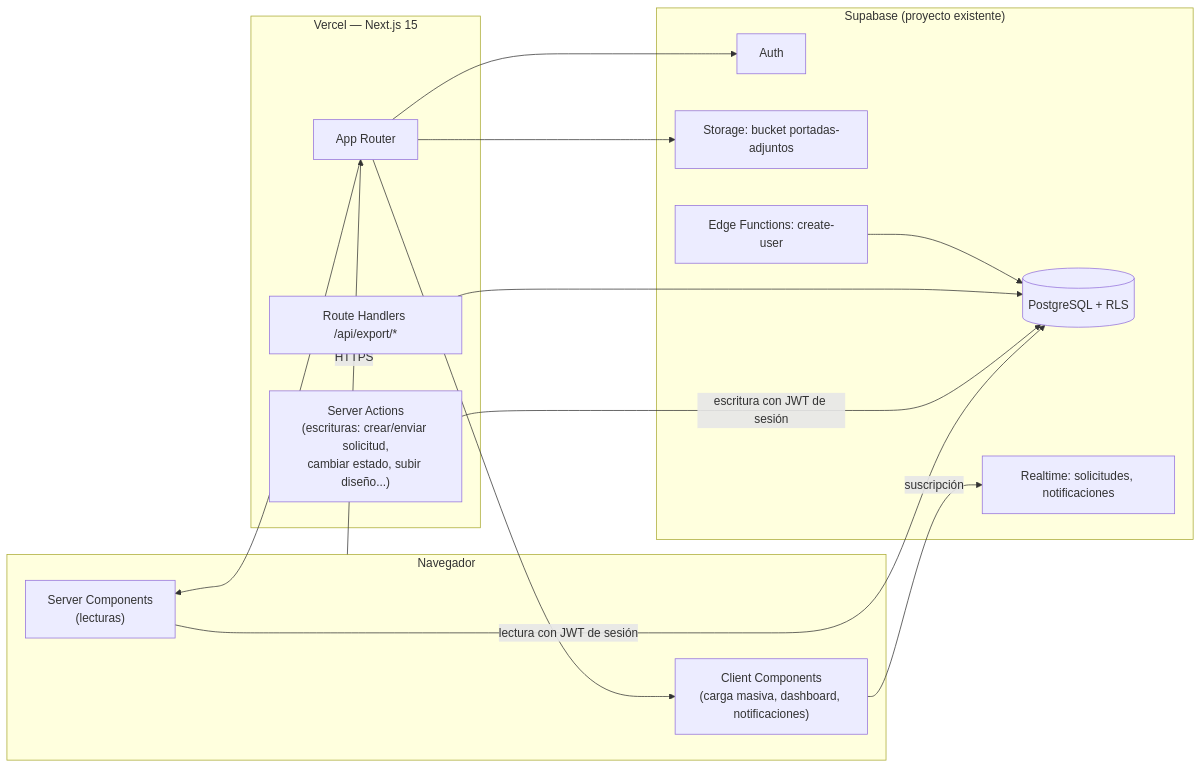
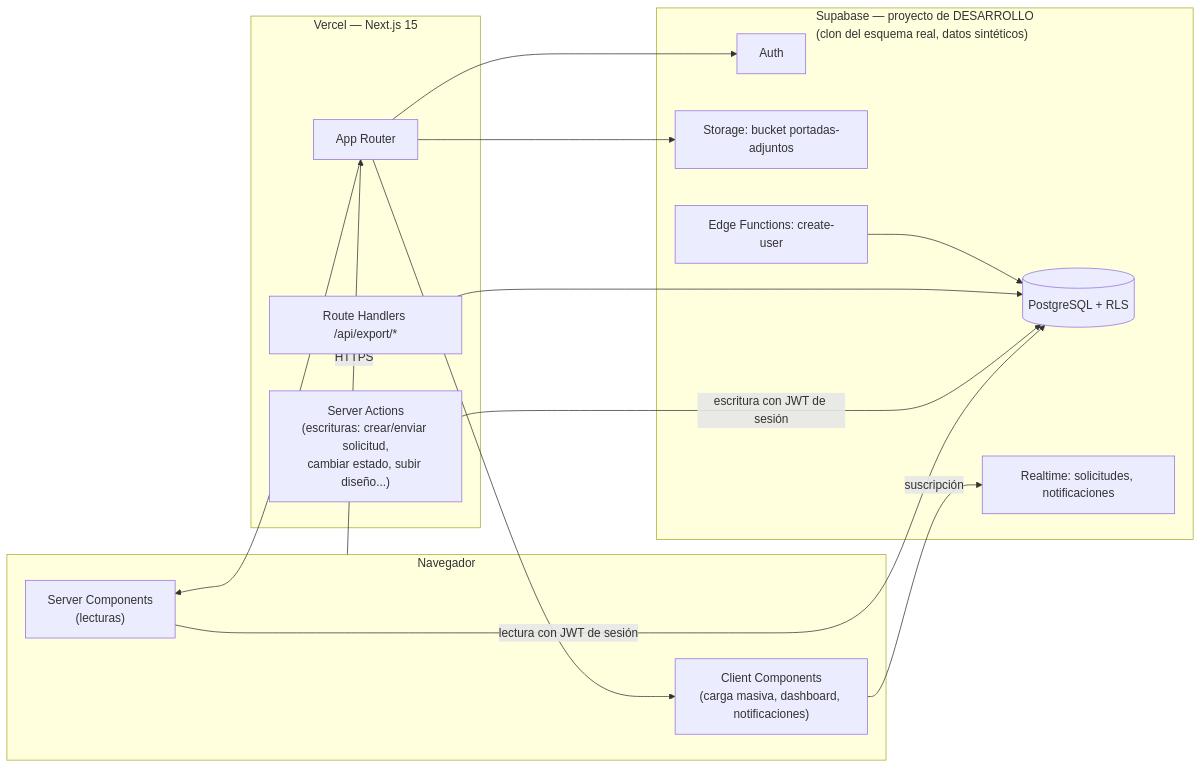
Before and after one commit to javierimedio/portadas_personalizadas: the first of 2 diagrams in docs/02-arquitectura.md, drawn with Mermaid. The commit also changed other lines of this file and 4 other files, not shown here.

````diff
--- a/docs/02-arquitectura.md
+++ b/docs/02-arquitectura.md
@@ -5,32 +5,32 @@
 ```mermaid
 flowchart LR
     subgraph Client["Navegador"]
         RSC["Server Components<br/>(lecturas)"]
         RCC["Client Components<br/>(carga masiva, dashboard, notificaciones)"]
     end
 
     subgraph Vercel["Vercel — Next.js 15"]
         App["App Router"]
         SA["Server Actions<br/>(escrituras: crear/enviar solicitud,<br/>cambiar estado, subir diseño...)"]
         RH["Route Handlers /api/export/*"]
     end
 
-    subgraph Supabase["Supabase (proyecto existente)"]
+    subgraph Supabase["Supabase — proyecto de DESARROLLO<br/>(clon del esquema real, datos sintéticos)"]
         PG[(PostgreSQL + RLS)]
         Auth["Auth"]
         Storage["Storage: bucket portadas-adjuntos"]
         Realtime["Realtime: solicitudes, notificaciones"]
         EF["Edge Functions: create-user"]
     end
 
     Client -->|HTTPS| App
     App --> RSC
     App --> RCC
     RSC -->|lectura con JWT de sesión| PG
     SA -->|escritura con JWT de sesión| PG
     RCC -->|suscripción| Realtime
     RH --> PG
     EF --> PG
     App --> Auth
     App --> Storage
 ```
````
